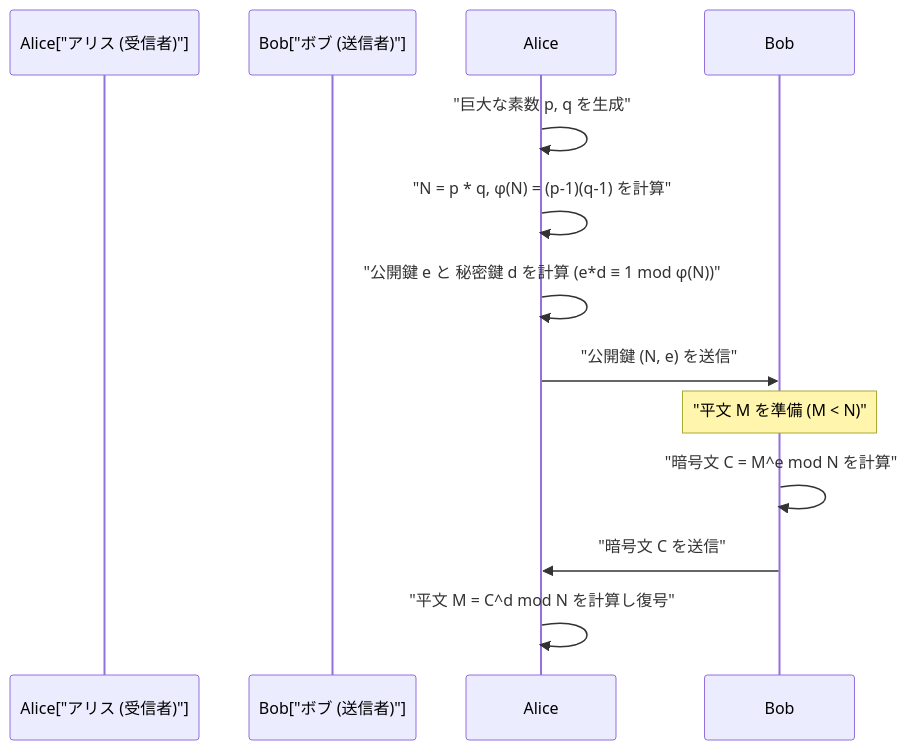
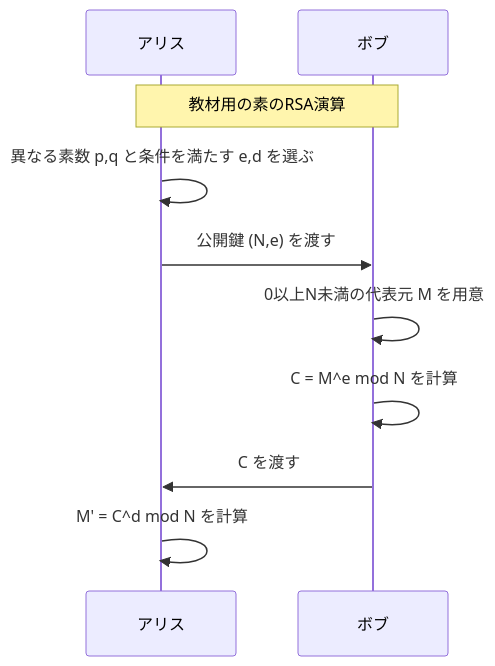
One commit to kenjinote/blog changed the second of 2 diagrams in content/post/フェルマーの小定理と暗号化/index.md. Above: the diagram before and after it, drawn with Mermaid. The commit also changed other lines of this file and 8 other files, not shown here.

````diff
--- a/content/post/フェルマーの小定理と暗号化/index.md
+++ b/content/post/フェルマーの小定理と暗号化/index.md
@@ -295,14 +210,12 @@
 ```mermaid
 sequenceDiagram
-    participant Alice["アリス (受信者)"]
-    participant Bob["ボブ (送信者)"]
-    
-    Alice->>Alice: "巨大な素数 p, q を生成"
-    Alice->>Alice: "N = p * q, φ(N) = (p-1)(q-1) を計算"
-    Alice->>Alice: "公開鍵 e と 秘密鍵 d を計算 (e*d ≡ 1 mod φ(N))"
-    Alice->>Bob: "公開鍵 (N, e) を送信"
-    Note over Bob: "平文 M を準備 (M < N)"
-    Bob->>Bob: "暗号文 C = M^e mod N を計算"
-    Bob->>Alice: "暗号文 C を送信"
-    Alice->>Alice: "平文 M = C^d mod N を計算し復号"
+    participant Alice as アリス
+    participant Bob as ボブ
+    Note over Alice,Bob: 教材用の素のRSA演算
+    Alice->>Alice: 異なる素数 p,q と条件を満たす e,d を選ぶ
+    Alice->>Bob: 公開鍵 (N,e) を渡す
+    Bob->>Bob: 0以上N未満の代表元 M を用意
+    Bob->>Bob: C = M^e mod N を計算
+    Bob->>Alice: C を渡す
+    Alice->>Alice: M' = C^d mod N を計算
 ```
````
